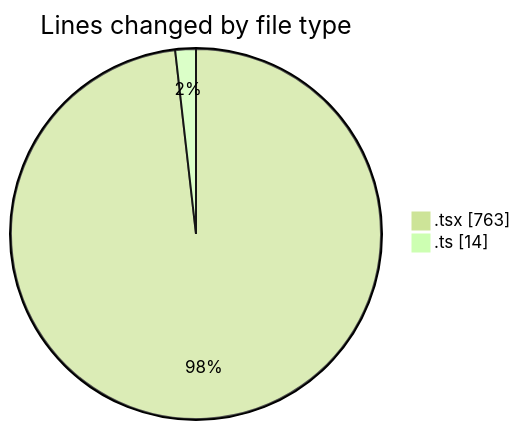
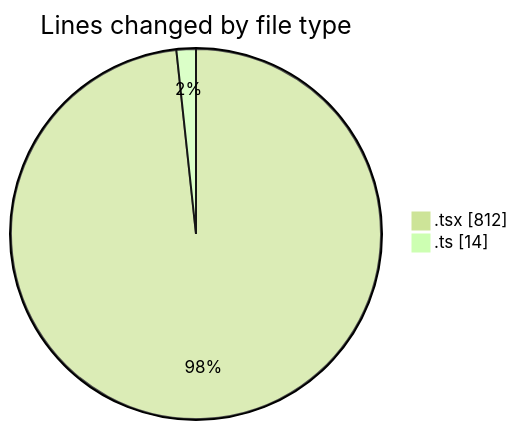
The first of 2 diagrams in 2025-01-10/mbc-web/README.md (robertbonfada/code-tracking), drawn with Mermaid (forest theme) before and after one commit. The commit also changed other lines of this file and 1 other file, not shown here.

````diff
--- a/2025-01-10/mbc-web/README.md
+++ b/2025-01-10/mbc-web/README.md
@@ -23,6 +24,6 @@
 ```mermaid
 pie showData
 title Lines changed by file type
-".tsx" : 763
+".tsx" : 812
 ".ts" : 14
 ```
````
